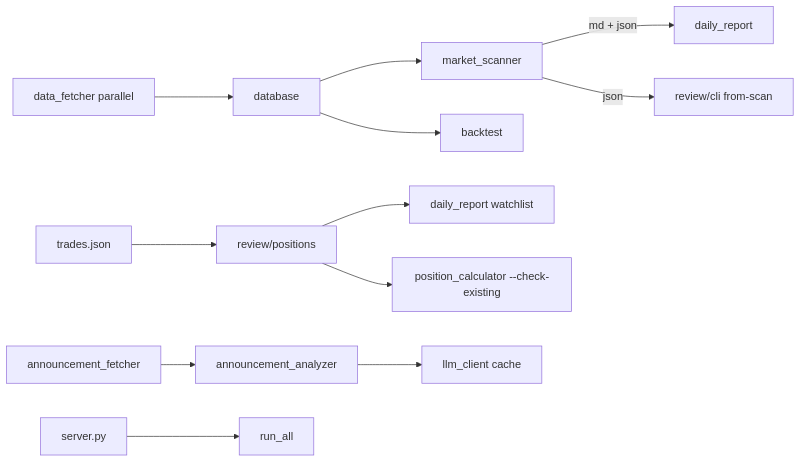
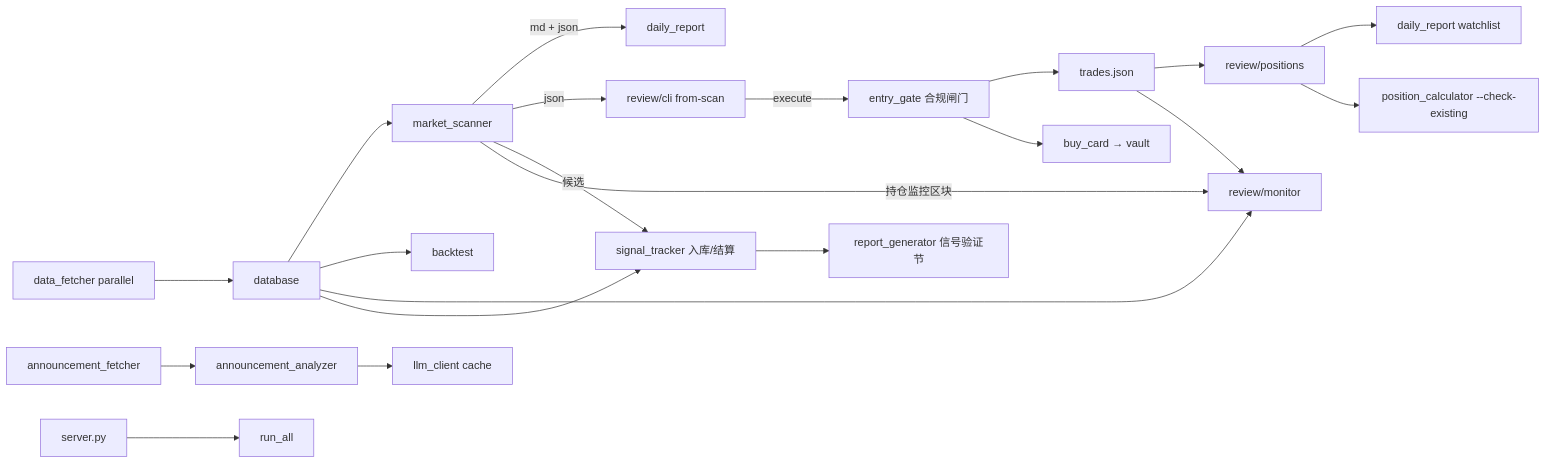
One commit to fukangjian/BIllion changed the sixth of 6 diagrams in Invest/ARCHITECTURE.md. Above: the diagram before and after it, drawn with Mermaid. The commit also changed other lines of this file and 46 other files, not shown here.

````diff
--- a/Invest/ARCHITECTURE.md
+++ b/Invest/ARCHITECTURE.md
@@ -809,14 +920,22 @@
 ```mermaid
 flowchart LR
     A[market_scanner] -->|md + json| B[daily_report]
     A -->|json| C[review/cli from-scan]
+    A -->|候选| ST[signal_tracker 入库/结算]
+    A -->|持仓监控区块| MON[review/monitor]
     D[data_fetcher parallel] --> E[database]
     E --> A
     E --> F[backtest]
+    E --> MON
+    E --> ST
     G[trades.json] --> H[review/positions]
+    G --> MON
     H --> I[daily_report watchlist]
     H --> J[position_calculator --check-existing]
+    C -->|execute| EG[entry_gate 合规闸门] --> G
+    EG --> BC[buy_card → vault]
+    ST --> RG[report_generator 信号验证节]
     K[announcement_fetcher] --> L[announcement_analyzer]
     L --> M[llm_client cache]
     N[server.py] --> O[run_all]
 ```
````
